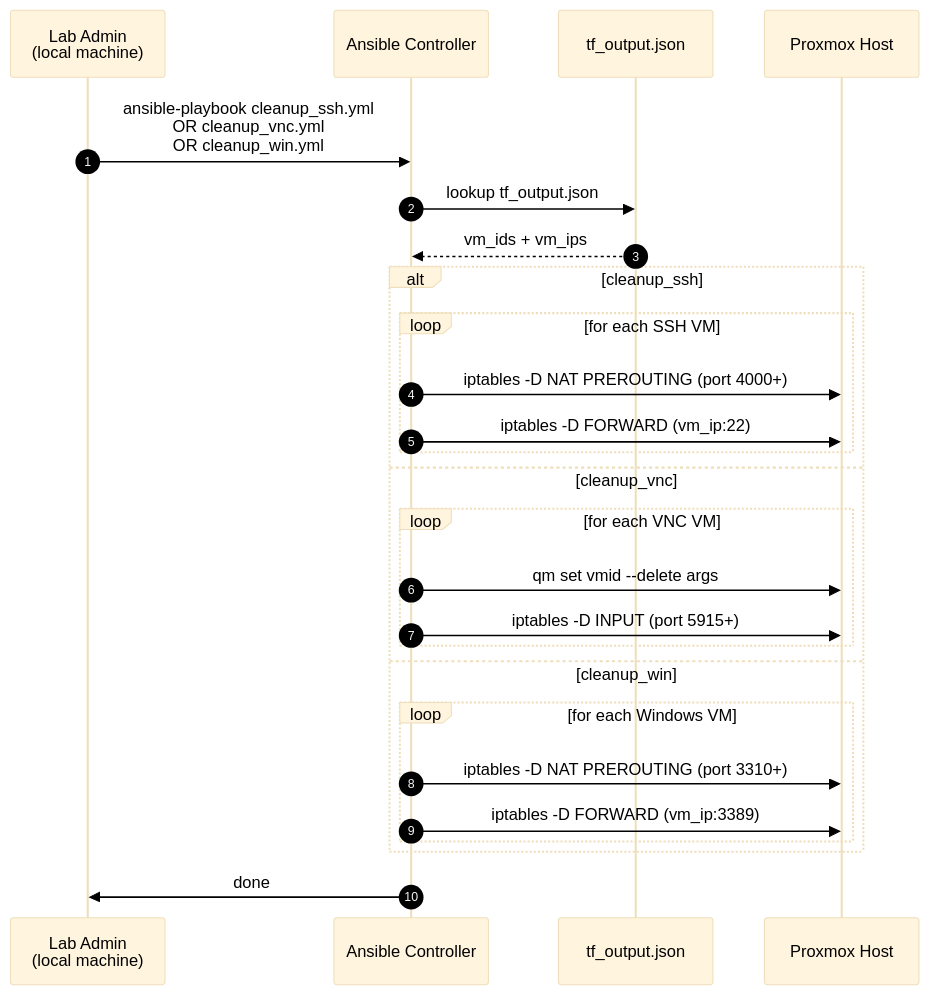
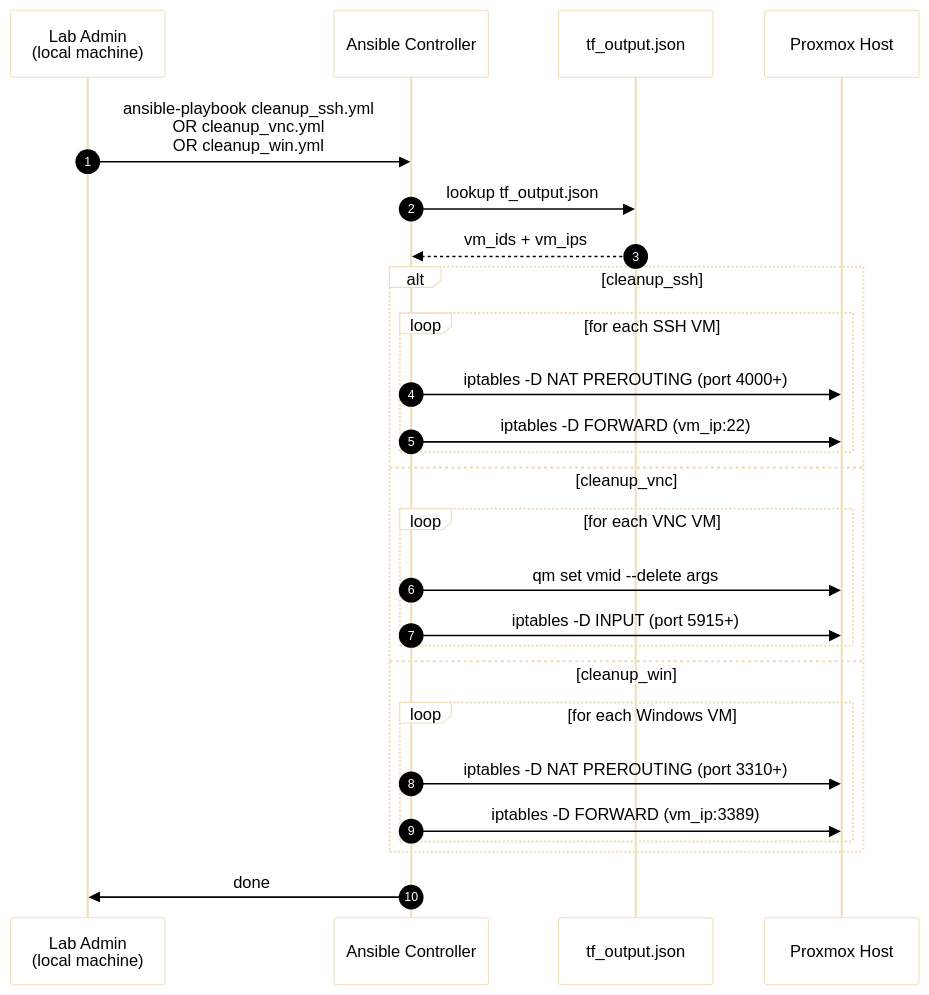
The second of 2 diagrams in playsoft-infra/ansible/SEQUENCE.md (abdou-ing/playsoft-jilani-gharbi), drawn with Mermaid before and after one commit. The commit also changed other lines of this file, not shown here.

Commit message:
sequence diagram add color

````diff
--- a/playsoft-infra/ansible/SEQUENCE.md
+++ b/playsoft-infra/ansible/SEQUENCE.md
@@ -116,33 +116,33 @@
 ```mermaid
-%%{init: {'theme': 'base', 'themeVariables': {'textColor': '#000000', 'actorTextColor': '#000000', 'signalColor': '#000000', 'signalTextColor': '#000000', 'noteTextColor': '#000000', 'loopTextColor': '#000000', 'activationBorderColor': '#000000'}}}%%
+%%{init: {'theme': 'base', 'themeVariables': {'background': '#ffffff', 'mainBkg': '#ffffff', 'textColor': '#000000', 'actorTextColor': '#000000', 'actorBkg': '#ffffff', 'actorBorderColor': '#000000', 'signalColor': '#000000', 'signalTextColor': '#000000', 'noteTextColor': '#000000', 'noteBkgColor': '#ffffff', 'noteBorderColor': '#000000', 'loopTextColor': '#000000', 'activationBorderColor': '#000000', 'activationBkgColor': '#ffffff'}}}%%
 sequenceDiagram
     autonumber
     participant Op as Lab Admin<br/>(local machine)
     participant AC as Ansible Controller
     participant TF as tf_output.json
     participant PVE as Proxmox Host
 
     Op->>AC: ansible-playbook cleanup_ssh.yml<br/>OR cleanup_vnc.yml<br/>OR cleanup_win.yml
 
     AC->>TF: lookup tf_output.json
     TF-->>AC: vm_ids + vm_ips
 
     alt cleanup_ssh
         loop for each SSH VM
             AC->>PVE: iptables -D NAT PREROUTING (port 4000+)
             AC->>PVE: iptables -D FORWARD (vm_ip:22)
         end
     else cleanup_vnc
         loop for each VNC VM
             AC->>PVE: qm set vmid --delete args
             AC->>PVE: iptables -D INPUT (port 5915+)
         end
     else cleanup_win
         loop for each Windows VM
             AC->>PVE: iptables -D NAT PREROUTING (port 3310+)
             AC->>PVE: iptables -D FORWARD (vm_ip:3389)
         end
     end
 
     AC->>Op: done
 ```
````
